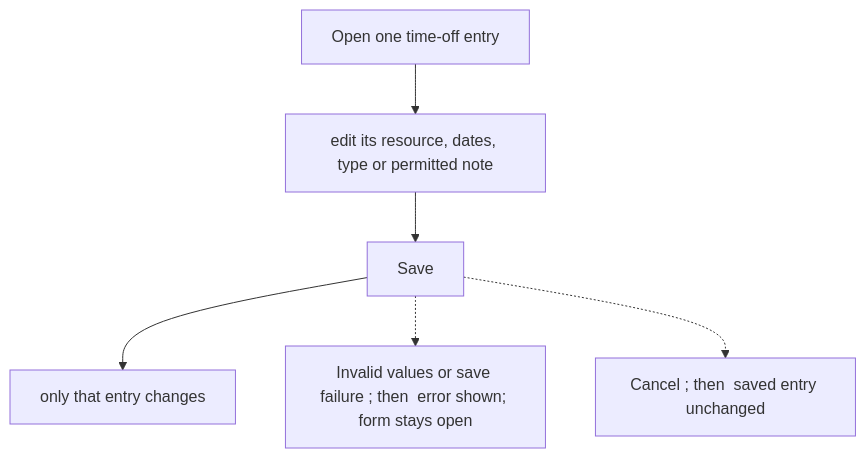
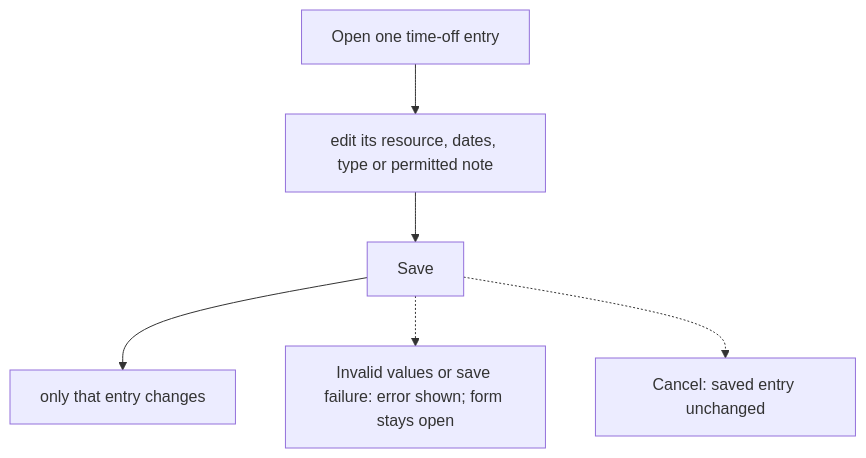
Before and after one commit to Kevinjohn/capacitylens: the first of 2 diagrams in user-stories/time-off/US-TOF-02-edit-time-off.md, drawn with Mermaid. The commit also changed other lines of this file and 119 other files, not shown here.

First line of the commit message:
docs: correct story text and flow diagrams against current source

````diff
--- a/user-stories/time-off/US-TOF-02-edit-time-off.md
+++ b/user-stories/time-off/US-TOF-02-edit-time-off.md
@@ -25,14 +25,14 @@
 ```mermaid
 flowchart TD
   N1["Open one time-off entry"]
   N2["edit its resource, dates, type or permitted note"]
   N3["Save"]
   N4["only that entry changes"]
-  B1["Invalid values or save failure ; then  error shown; form stays open"]
-  B2["Cancel ; then  saved entry unchanged"]
+  B1["Invalid values or save failure: error shown; form stays open"]
+  B2["Cancel: saved entry unchanged"]
   N1 --> N2
   N2 --> N3
   N3 --> N4
   N3 -.-> B1
   N3 -.-> B2
 ```
````
